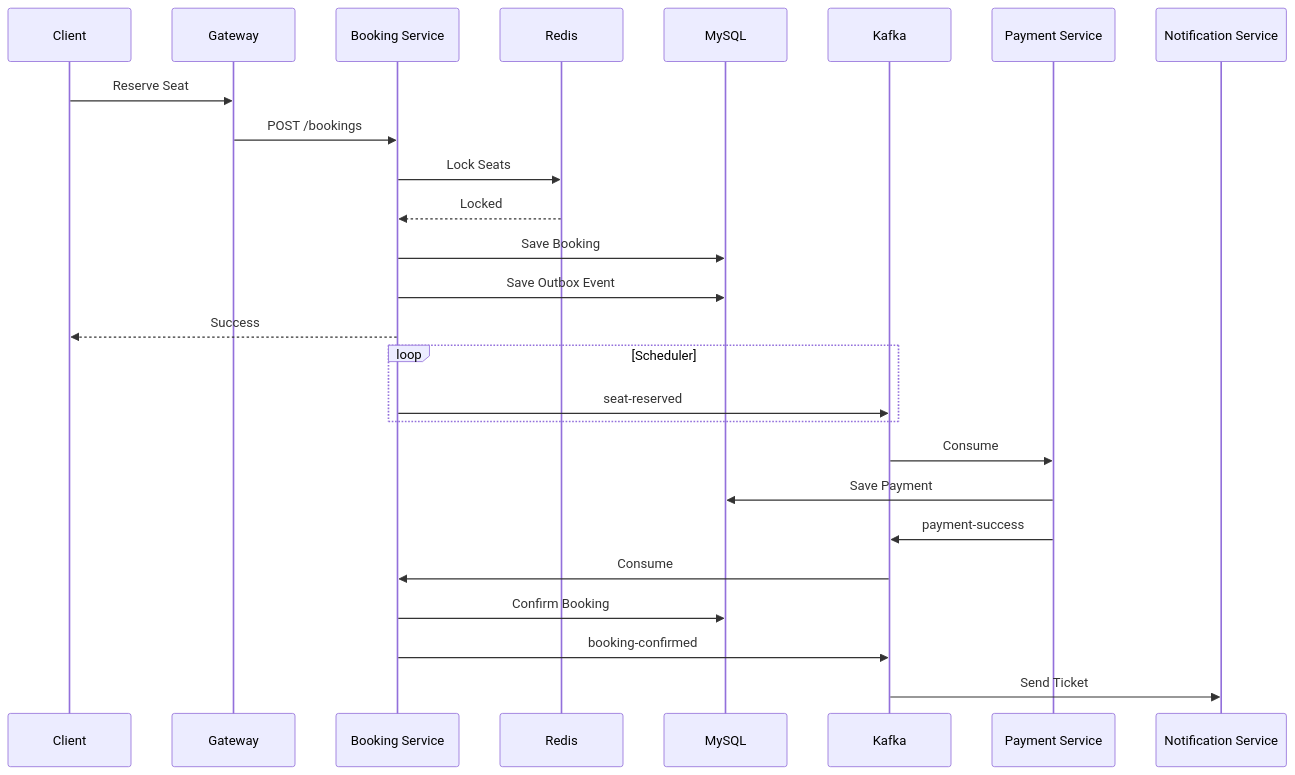
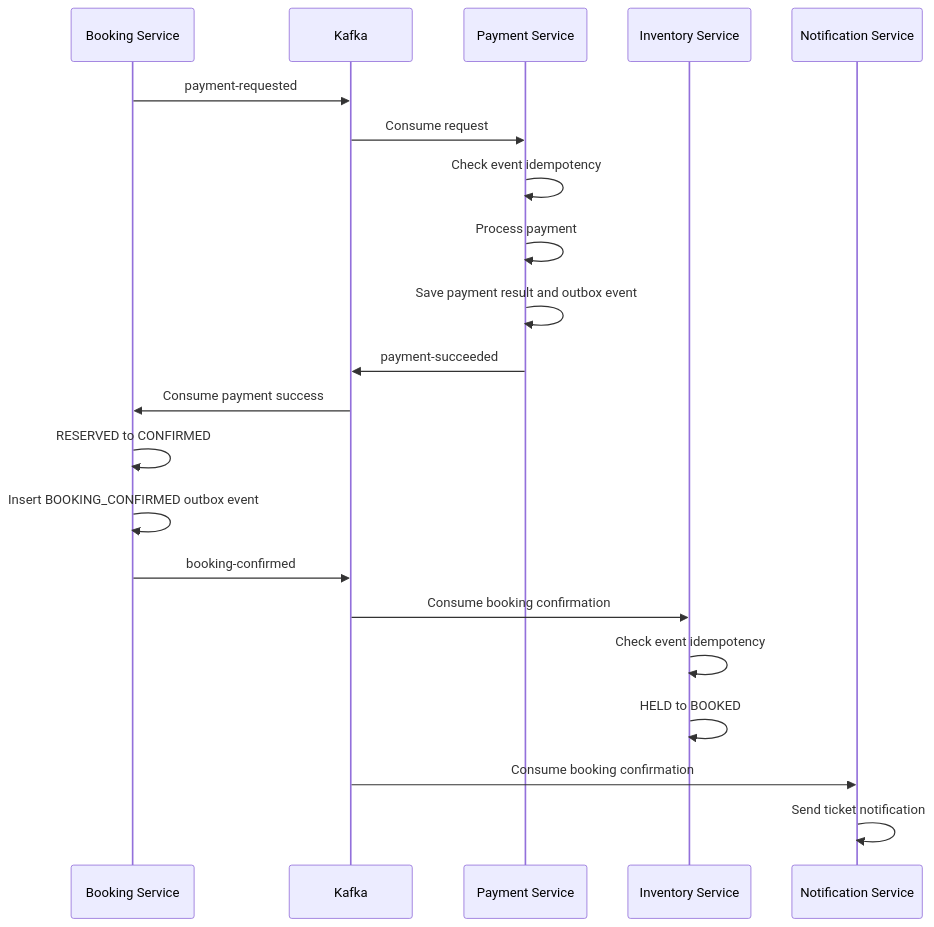
One commit to HuyKunNe/cinema-system changed the second of 8 diagrams in docs/13_SEQUENCE_DIAGRAMS.md. Above: the diagram before and after it, drawn with Mermaid. The commit also changed other lines of this file and 10 other files, not shown here.

````diff
--- a/docs/13_SEQUENCE_DIAGRAMS.md
+++ b/docs/13_SEQUENCE_DIAGRAMS.md
@@ -9,37 +64,28 @@
 ```mermaid
 sequenceDiagram
+    participant Booking as Booking Service
+    participant Kafka
+    participant Payment as Payment Service
+    participant Inventory as Inventory Service
+    participant Notification as Notification Service
 
-Client->>Gateway: Reserve Seat
+    Booking->>Kafka: payment-requested
+    Kafka->>Payment: Consume request
 
-Gateway->>Booking Service: POST /bookings
+    Payment->>Payment: Check event idempotency
+    Payment->>Payment: Process payment
+    Payment->>Payment: Save payment result and outbox event
+    Payment->>Kafka: payment-succeeded
 
-Booking Service->>Redis: Lock Seats
+    Kafka->>Booking: Consume payment success
+    Booking->>Booking: RESERVED to CONFIRMED
+    Booking->>Booking: Insert BOOKING_CONFIRMED outbox event
+    Booking->>Kafka: booking-confirmed
 
-Redis-->>Booking Service: Locked
+    Kafka->>Inventory: Consume booking confirmation
+    Inventory->>Inventory: Check event idempotency
+    Inventory->>Inventory: HELD to BOOKED
 
-Booking Service->>MySQL: Save Booking
-
-Booking Service->>MySQL: Save Outbox Event
-
-Booking Service-->>Client: Success
-
-loop Scheduler
-
-Booking Service->>Kafka: seat-reserved
-
-end
-
-Kafka->>Payment Service: Consume
-
-Payment Service->>MySQL: Save Payment
-
-Payment Service->>Kafka: payment-success
-
-Kafka->>Booking Service: Consume
-
-Booking Service->>MySQL: Confirm Booking
-
-Booking Service->>Kafka: booking-confirmed
-
-Kafka->>Notification Service: Send Ticket
+    Kafka->>Notification: Consume booking confirmation
+    Notification->>Notification: Send ticket notification
 ```
````
